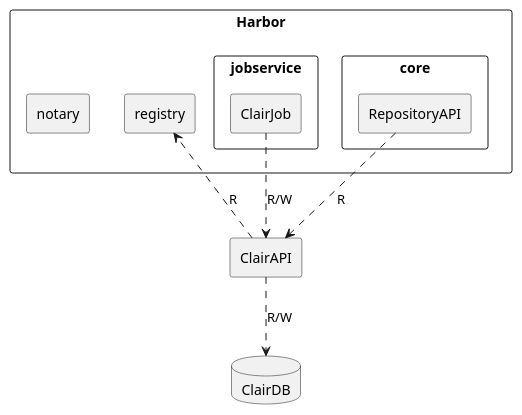
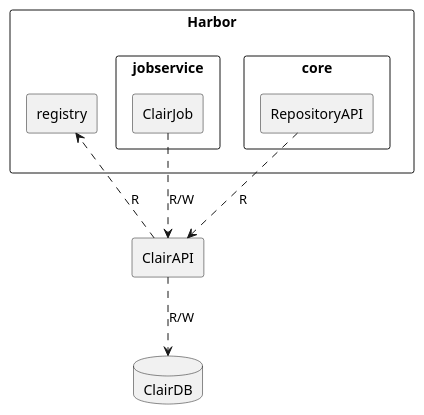
One commit to goharbor/community changed the diagram in workgroups/wg-scanning/docs/diagrams/deployment-harbor-clair.plantuml. Above: the diagram before and after it, drawn with PlantUML. The commit also changed 3 other files, not shown here.

```diff
--- a/workgroups/wg-scanning/docs/diagrams/deployment-harbor-clair.plantuml
+++ b/workgroups/wg-scanning/docs/diagrams/deployment-harbor-clair.plantuml
@@ -1,27 +1,26 @@
 @startuml
 
 rectangle Harbor {
   rectangle registry
-  rectangle notary
 
   rectangle jobservice {
     rectangle ClairJob
   }
   rectangle core {
     rectangle RepositoryAPI
   }
 }
 
 rectangle ClairAPI {
 }
 
 database ClairDB {
 }
 
 ClairJob ..> ClairAPI : R/W
 RepositoryAPI ..> ClairAPI : R
 ClairAPI ..> ClairDB : R/W
 
 ClairAPI ..> registry : R
 
 @enduml
```
